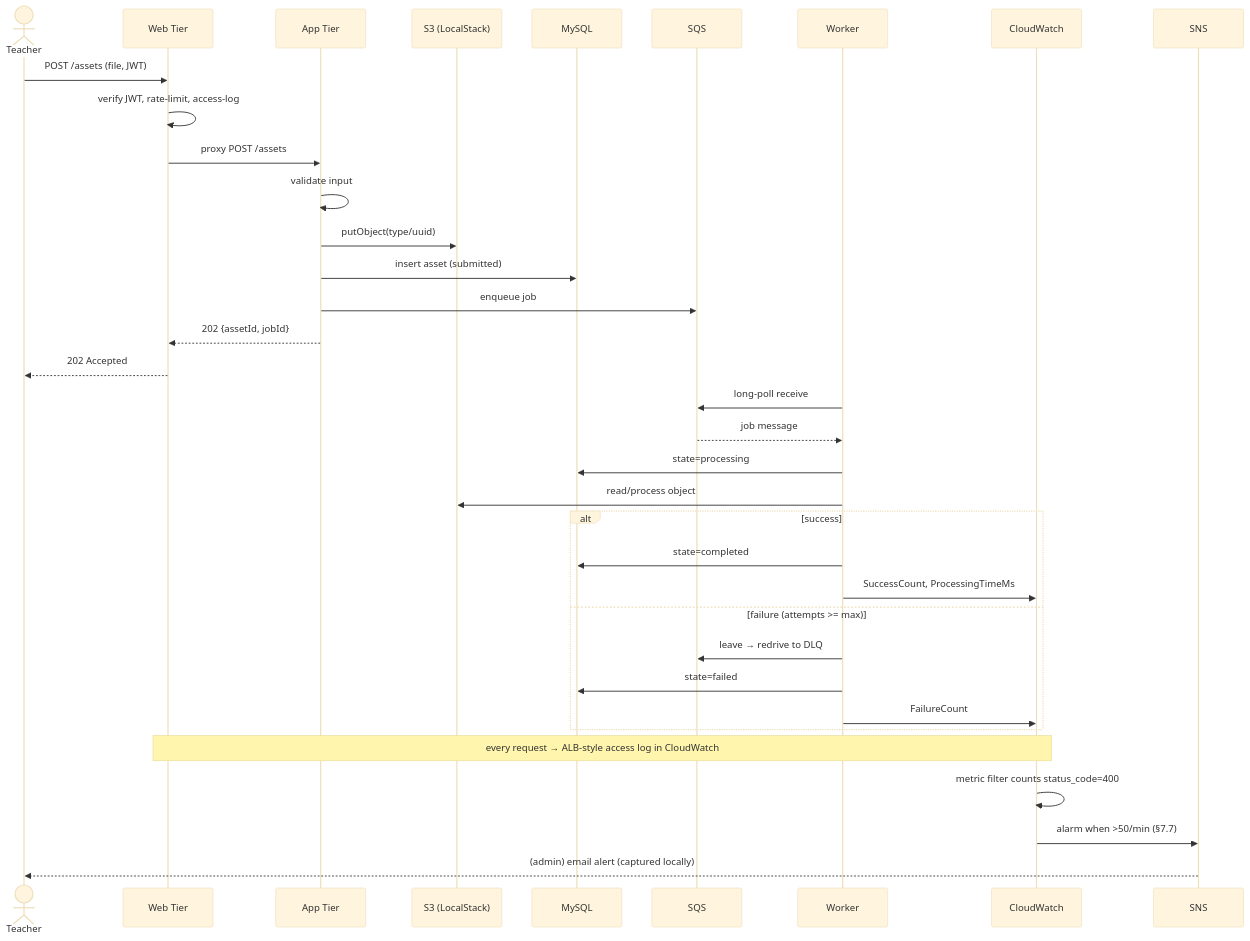
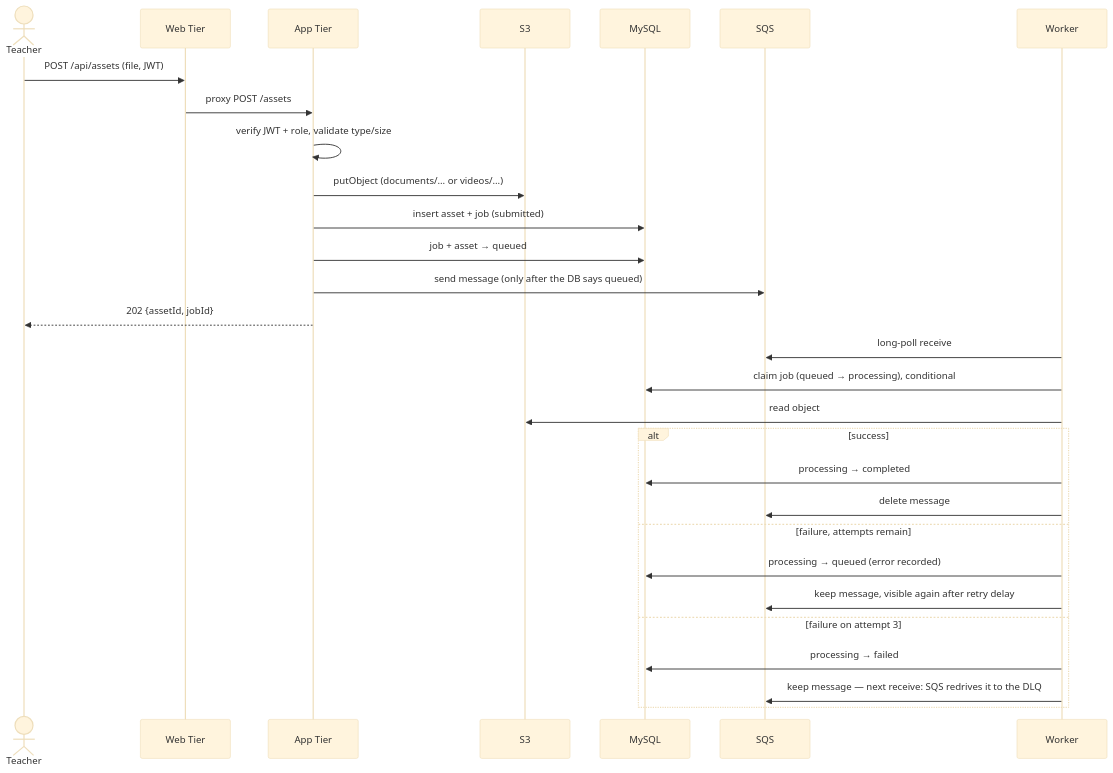
The third of 4 diagrams in ARCHITECTURE.md (Sandwich-hye/classquest), drawn with Mermaid (base theme) before and after one commit. The commit also changed other lines of this file and 15 other files, not shown here.

````diff
--- a/ARCHITECTURE.md
+++ b/ARCHITECTURE.md
@@ -175,40 +133,33 @@
 ```mermaid
 sequenceDiagram
     actor T as Teacher
     participant W as Web Tier
     participant A as App Tier
-    participant S as S3 (LocalStack)
+    participant S as S3
     participant DB as MySQL
     participant Q as SQS
     participant K as Worker
-    participant C as CloudWatch
-    participant N as SNS
 
-    T->>W: POST /assets (file, JWT)
-    W->>W: verify JWT, rate-limit, access-log
+    T->>W: POST /api/assets (file, JWT)
     W->>A: proxy POST /assets
-    A->>A: validate input
-    A->>S: putObject(type/uuid)
-    A->>DB: insert asset (submitted)
-    A->>Q: enqueue job
-    A-->>W: 202 {assetId, jobId}
-    W-->>T: 202 Accepted
+    A->>A: verify JWT + role, validate type/size
+    A->>S: putObject (documents/… or videos/…)
+    A->>DB: insert asset + job (submitted)
+    A->>DB: job + asset → queued
+    A->>Q: send message (only after the DB says queued)
+    A-->>T: 202 {assetId, jobId}
 
     K->>Q: long-poll receive
-    Q-->>K: job message
-    K->>DB: state=processing
-    K->>S: read/process object
+    K->>DB: claim job (queued → processing), conditional
+    K->>S: read object
     alt success
-        K->>DB: state=completed
-        K->>C: SuccessCount, ProcessingTimeMs
-    else failure (attempts >= max)
-        K->>Q: leave → redrive to DLQ
-        K->>DB: state=failed
-        K->>C: FailureCount
+        K->>DB: processing → completed
+        K->>Q: delete message
+    else failure, attempts remain
+        K->>DB: processing → queued (error recorded)
+        K->>Q: keep message, visible again after retry delay
+    else failure on attempt 3
+        K->>DB: processing → failed
+        K->>Q: keep message — next receive: SQS redrives it to the DLQ
     end
-
-    Note over W,C: every request → ALB-style access log in CloudWatch
-    C->>C: metric filter counts status_code=400
-    C->>N: alarm when >50/min (§7.7)
-    N-->>T: (admin) email alert (captured locally)
 ```
````
